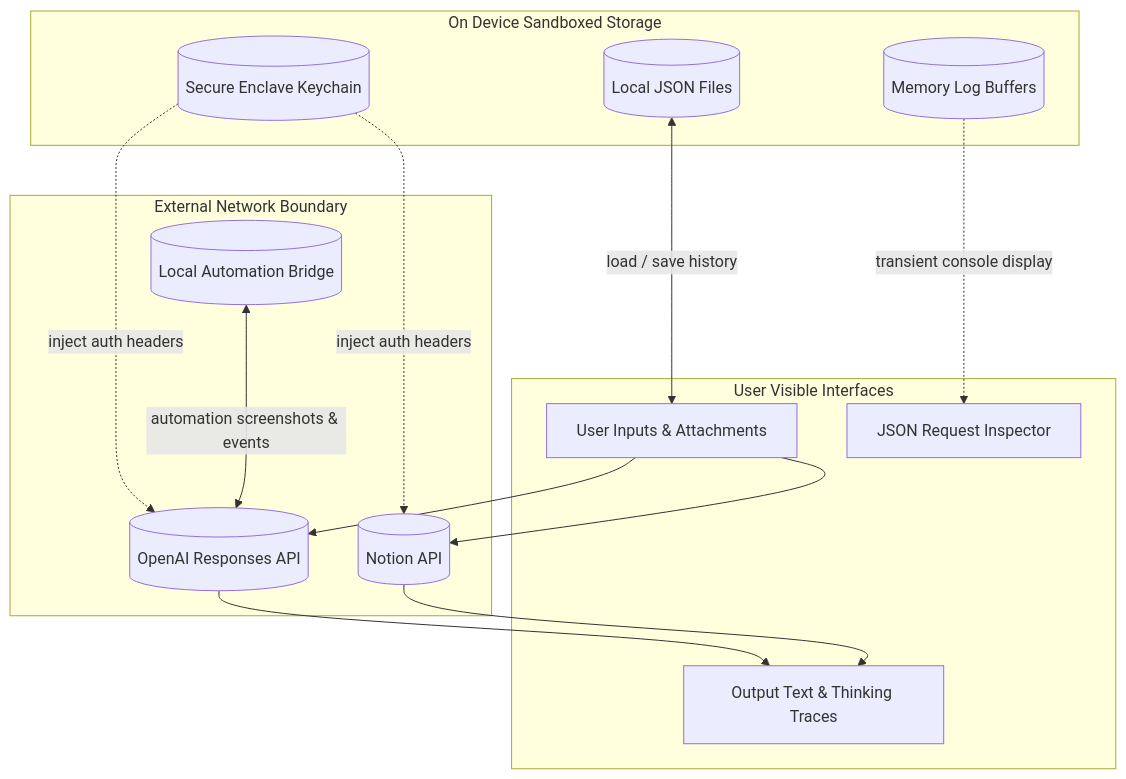
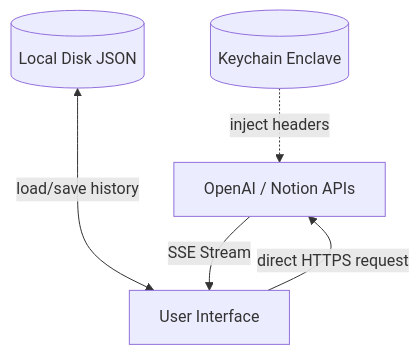
One commit to Gunnarguy/OpenResponses changed the fourth of 4 diagrams in README.md. Above: the diagram before and after it, drawn with Mermaid. The commit also changed other lines of this file and 1 other file, not shown here.

````diff
--- a/README.md
+++ b/README.md
@@ -196,30 +111,7 @@
 ```mermaid
 flowchart TD
-    subgraph Device["On Device Sandboxed Storage"]
-        Keychain[(Secure Enclave Keychain)]
-        LocalDisk[(Local JSON Files)]
-        Cache[(Memory Log Buffers)]
-    end
-
-    subgraph UI["User Visible Interfaces"]
-        Input[User Inputs & Attachments]
-        Output[Output Text & Thinking Traces]
-        Inspector[JSON Request Inspector]
-    end
-
-    subgraph Remote["External Network Boundary"]
-        OpenAI[(OpenAI Responses API)]
-        Notion[(Notion API)]
-        LocalBridge[(Local Automation Bridge)]
-    end
-
-    Input --> OpenAI
-    Input --> Notion
-    Keychain -.->|inject auth headers| OpenAI
-    Keychain -.->|inject auth headers| Notion
-    LocalDisk <--->|load / save history| Input
-    Cache -.->|transient console display| Inspector
-    OpenAI --> Output
-    Notion --> Output
-    LocalBridge <--->|automation screenshots & events| OpenAI
+    Keychain[(Keychain Enclave)] -.->|inject headers| API
+    Disk[(Local Disk JSON)] <--->|load/save history| UI[User Interface]
+    UI -->|direct HTTPS request| API[OpenAI / Notion APIs]
+    API -->|SSE Stream| UI
 ```
````
